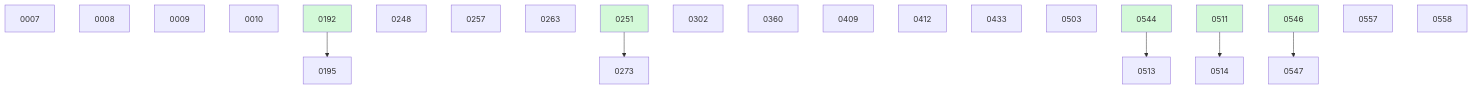
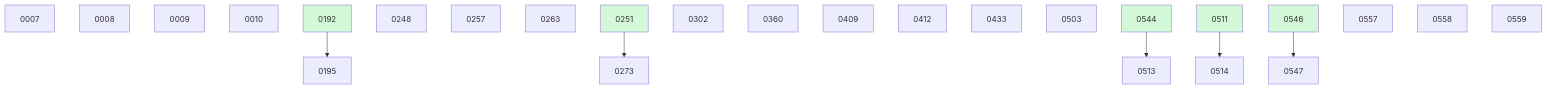
The diagram in docs/changes/BOARD.md (danielhanold/docket), drawn with Mermaid before and after one commit. The commit also changed other lines of this file and 1 other file, not shown here.

````diff
--- a/docs/changes/BOARD.md
+++ b/docs/changes/BOARD.md
@@ -40,29 +41,30 @@
 ```mermaid
 graph TD
   0007
   0008
   0009
   0010
   0192 --> 0195
   0248
   0257
   0263
   0251 --> 0273
   0302
   0360
   0409
   0412
   0433
   0503
   0544 --> 0513
   0511 --> 0514
   0546 --> 0547
   0557
   0558
+  0559
   0192:::done
   0251:::done
   0511:::done
   0544:::done
   0546:::done
   classDef done fill:#d3f9d8;
 ```
````
